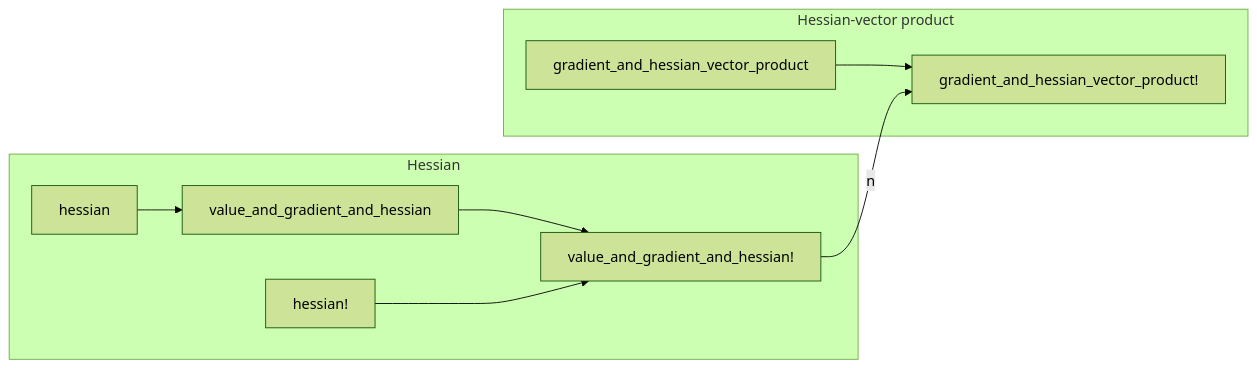
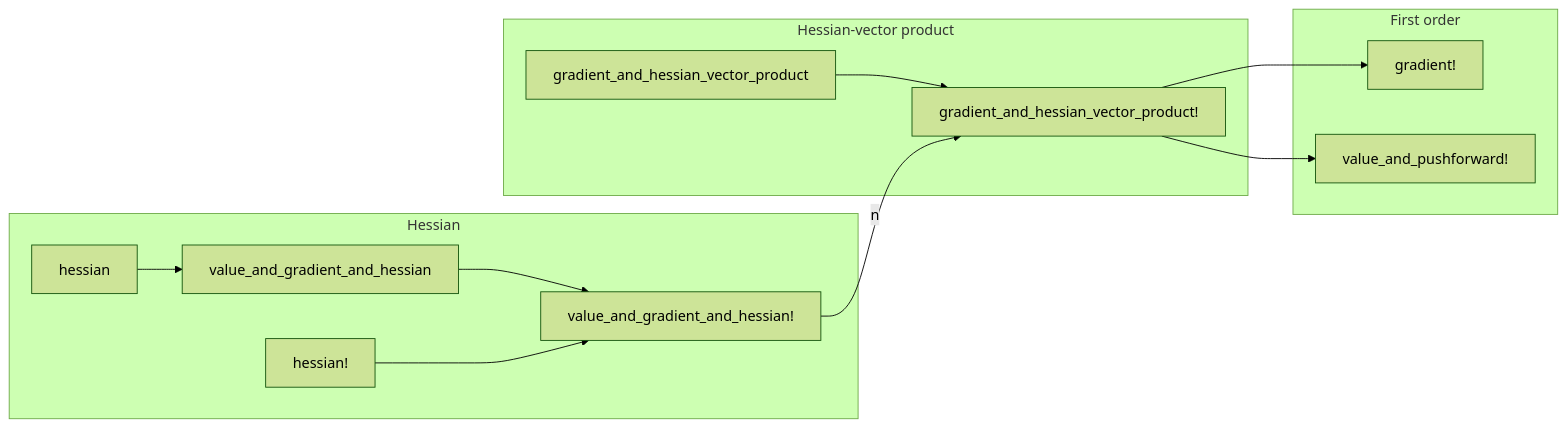
Before and after one commit to gdalle/DifferentiationInterface.jl: the fifth of 5 diagrams in docs/src/developer.md, drawn with Mermaid (forest theme). The commit also changed 7 other files, not shown here.

````diff
--- a/docs/src/developer.md
+++ b/docs/src/developer.md
@@ -162,14 +162,24 @@
 ```mermaid
 flowchart LR
+    subgraph First order
+        gradient!
+        value_and_pushforward!
+    end
+
     subgraph Hessian-vector product
         gradient_and_hessian_vector_product!
         gradient_and_hessian_vector_product --> gradient_and_hessian_vector_product!
     end
 
+    gradient_and_hessian_vector_product! --> gradient!
+    gradient_and_hessian_vector_product! --> value_and_pushforward!
+
     subgraph Hessian
-        value_and_gradient_and_hessian! --> |n|gradient_and_hessian_vector_product!
+        value_and_gradient_and_hessian!
         value_and_gradient_and_hessian --> value_and_gradient_and_hessian!
         hessian! --> value_and_gradient_and_hessian!
         hessian --> value_and_gradient_and_hessian
     end
+
+    value_and_gradient_and_hessian! --> |n|gradient_and_hessian_vector_product!
 ```
````
